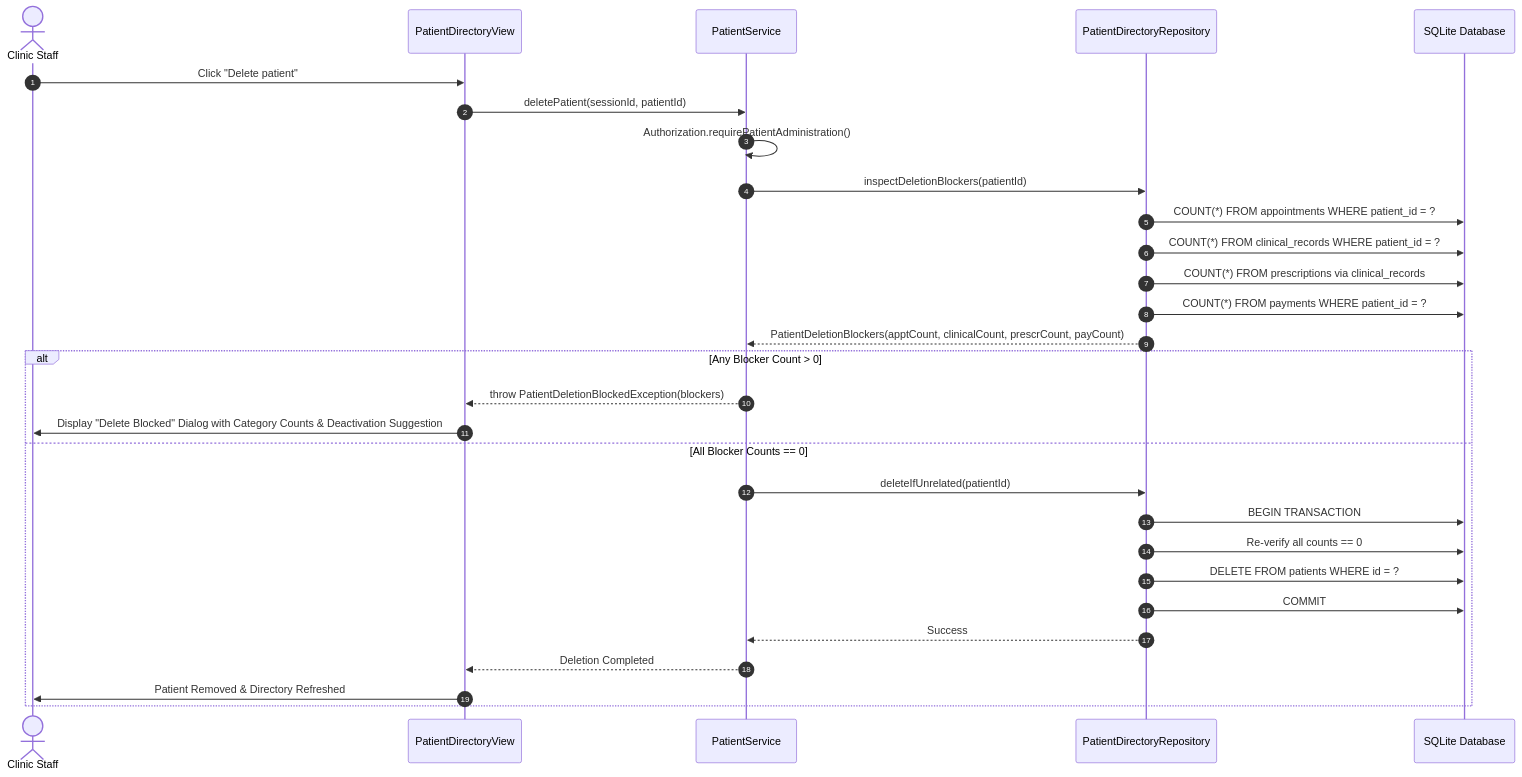
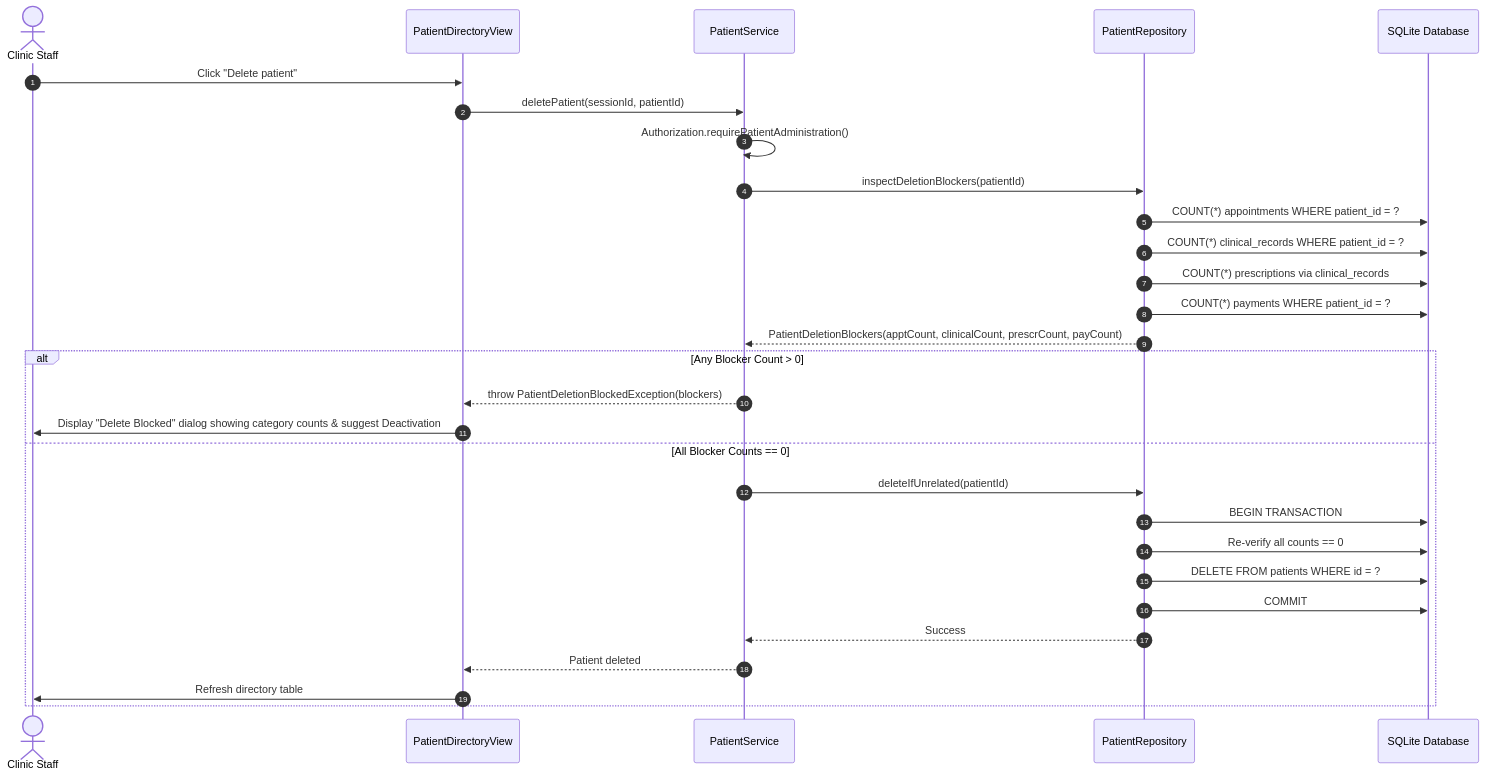
The tenth of 12 diagrams in docs/ArchitectureAndDesign.md (CS3227-2610-MP2-NUSynapxe/CS3227-2610-MP2), drawn with Mermaid before and after one commit. The commit also changed other lines of this file and 5 other files, not shown here.

Commit message:
docs: fix Mermaid diagram syntax errors and enhance Product Specifications with Gherkin scenarios

````diff
--- a/docs/ArchitectureAndDesign.md
+++ b/docs/ArchitectureAndDesign.md
@@ -290,32 +458,32 @@
 ```mermaid
 sequenceDiagram
     autonumber
     actor Staff as Clinic Staff
     participant UI as PatientDirectoryView
-    participant Service as PatientService
-    participant Repo as PatientDirectoryRepository
+    participant Svc as PatientService
+    participant Repo as PatientRepository
     participant DB as SQLite Database
 
     Staff->>UI: Click "Delete patient"
-    UI->>Service: deletePatient(sessionId, patientId)
-    Service->>Service: Authorization.requirePatientAdministration()
-    Service->>Repo: inspectDeletionBlockers(patientId)
-    Repo->>DB: COUNT(*) FROM appointments WHERE patient_id = ?
-    Repo->>DB: COUNT(*) FROM clinical_records WHERE patient_id = ?
-    Repo->>DB: COUNT(*) FROM prescriptions via clinical_records
-    Repo->>DB: COUNT(*) FROM payments WHERE patient_id = ?
-    Repo-->>Service: PatientDeletionBlockers(apptCount, clinicalCount, prescrCount, payCount)
+    UI->>Svc: deletePatient(sessionId, patientId)
+    Svc->>Svc: Authorization.requirePatientAdministration()
+    Svc->>Repo: inspectDeletionBlockers(patientId)
+    Repo->>DB: COUNT(*) appointments WHERE patient_id = ?
+    Repo->>DB: COUNT(*) clinical_records WHERE patient_id = ?
+    Repo->>DB: COUNT(*) prescriptions via clinical_records
+    Repo->>DB: COUNT(*) payments WHERE patient_id = ?
+    Repo-->>Svc: PatientDeletionBlockers(apptCount, clinicalCount, prescrCount, payCount)
     alt Any Blocker Count > 0
-        Service-->>UI: throw PatientDeletionBlockedException(blockers)
-        UI->>Staff: Display "Delete Blocked" Dialog with Category Counts & Deactivation Suggestion
+        Svc-->>UI: throw PatientDeletionBlockedException(blockers)
+        UI->>Staff: Display "Delete Blocked" dialog showing category counts & suggest Deactivation
     else All Blocker Counts == 0
-        Service->>Repo: deleteIfUnrelated(patientId)
+        Svc->>Repo: deleteIfUnrelated(patientId)
         Repo->>DB: BEGIN TRANSACTION
         Repo->>DB: Re-verify all counts == 0
         Repo->>DB: DELETE FROM patients WHERE id = ?
         Repo->>DB: COMMIT
-        Repo-->>Service: Success
-        Service-->>UI: Deletion Completed
-        UI->>Staff: Patient Removed & Directory Refreshed
+        Repo-->>Svc: Success
+        Svc-->>UI: Patient deleted
+        UI->>Staff: Refresh directory table
     end
 ```
````
